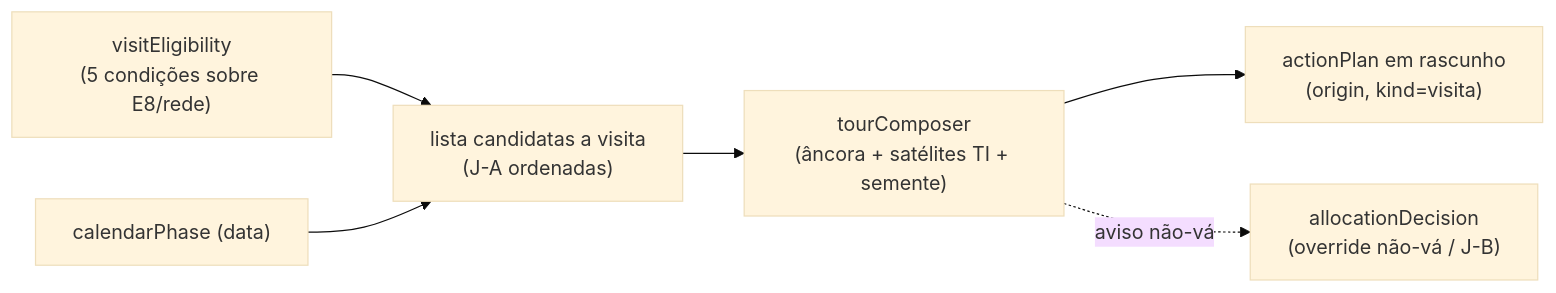
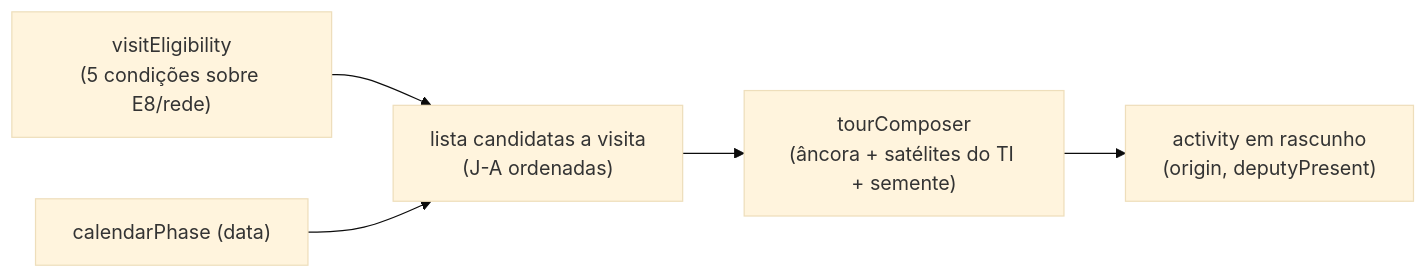
The diagram in docs/plans/planejador-de-giros.md (fsolla/teqo), drawn with Mermaid (base theme) before and after one commit. The commit also changed other lines of this file and 28 other files, not shown here.

First line of the commit message:
E13: visit eligibility checklist and the tour composer.

````diff
--- a/docs/plans/planejador-de-giros.md
+++ b/docs/plans/planejador-de-giros.md
@@ -50,12 +77,10 @@
 ```mermaid
 flowchart LR
     Elig["visitEligibility<br/>(5 condições sobre E8/rede)"]
     Phase["calendarPhase (data)"]
     Cands["lista candidatas a visita<br/>(J-A ordenadas)"]
-    Comp["tourComposer<br/>(âncora + satélites TI + semente)"]
-    Plans["actionPlan em rascunho<br/>(origin, kind=visita)"]
-    Dec["allocationDecision<br/>(override não-vá / J-B)"]
+    Comp["tourComposer<br/>(âncora + satélites do TI + semente)"]
+    Plans["activity em rascunho<br/>(origin, deputyPresent)"]
     Elig --> Cands --> Comp --> Plans
     Phase --> Cands
-    Comp -.aviso não-vá.-> Dec
 ```
````
